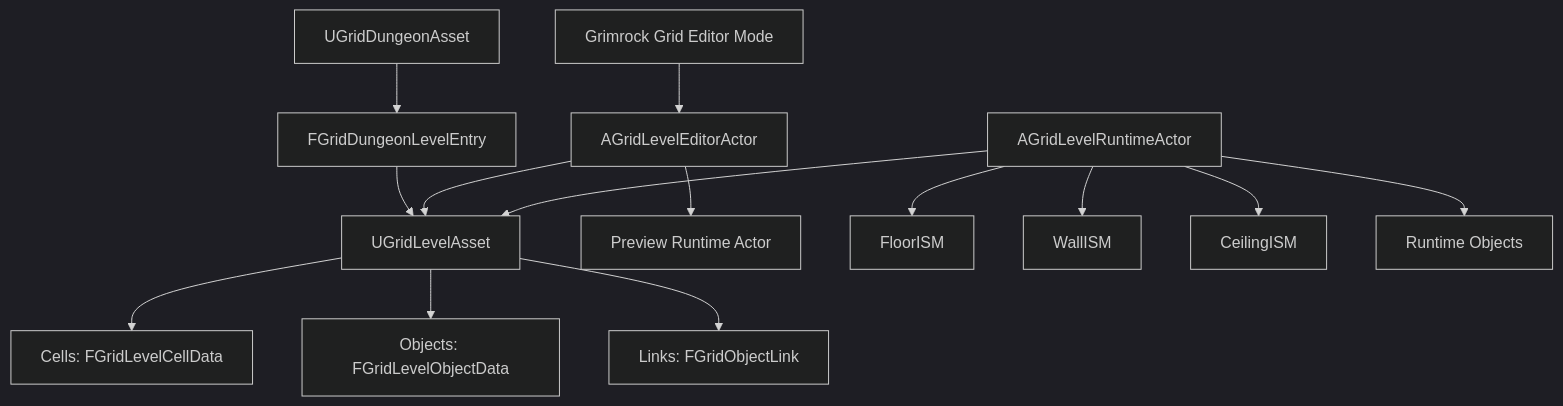
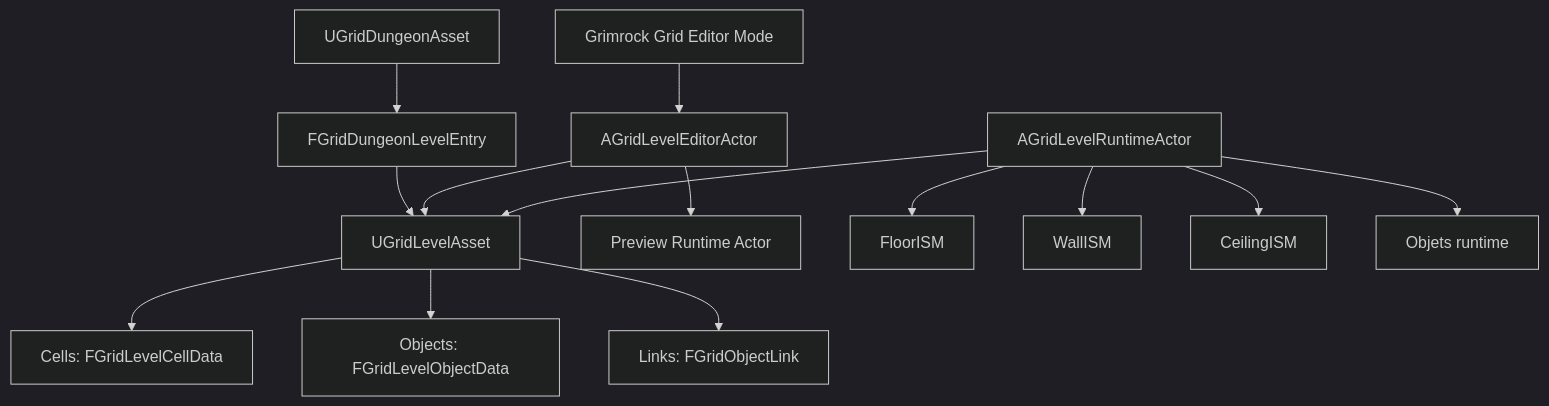
One commit to PhilippeMartin1964/GrimrockPrototype changed the first of 9 diagrams in docs/Architecture/CORE_DUNGEON_LEVEL_GRID.md. Above: the diagram before and after it, drawn with Mermaid (dark theme). The commit also changed other lines of this file, not shown here.

````diff
--- a/docs/Architecture/CORE_DUNGEON_LEVEL_GRID.md
+++ b/docs/Architecture/CORE_DUNGEON_LEVEL_GRID.md
@@ -83,19 +83,19 @@
 ```mermaid
 flowchart TD
     A[UGridDungeonAsset] --> B[FGridDungeonLevelEntry]
     B --> C[UGridLevelAsset]
 
     C --> D[Cells: FGridLevelCellData]
     C --> E[Objects: FGridLevelObjectData]
     C --> F[Links: FGridObjectLink]
 
     G[Grimrock Grid Editor Mode] --> H[AGridLevelEditorActor]
     H --> C
     H --> I[Preview Runtime Actor]
 
     J[AGridLevelRuntimeActor] --> C
     J --> K[FloorISM]
     J --> L[WallISM]
     J --> M[CeilingISM]
-    J --> N[Runtime Objects]
+    J --> N[Objets runtime]
 ```
````
